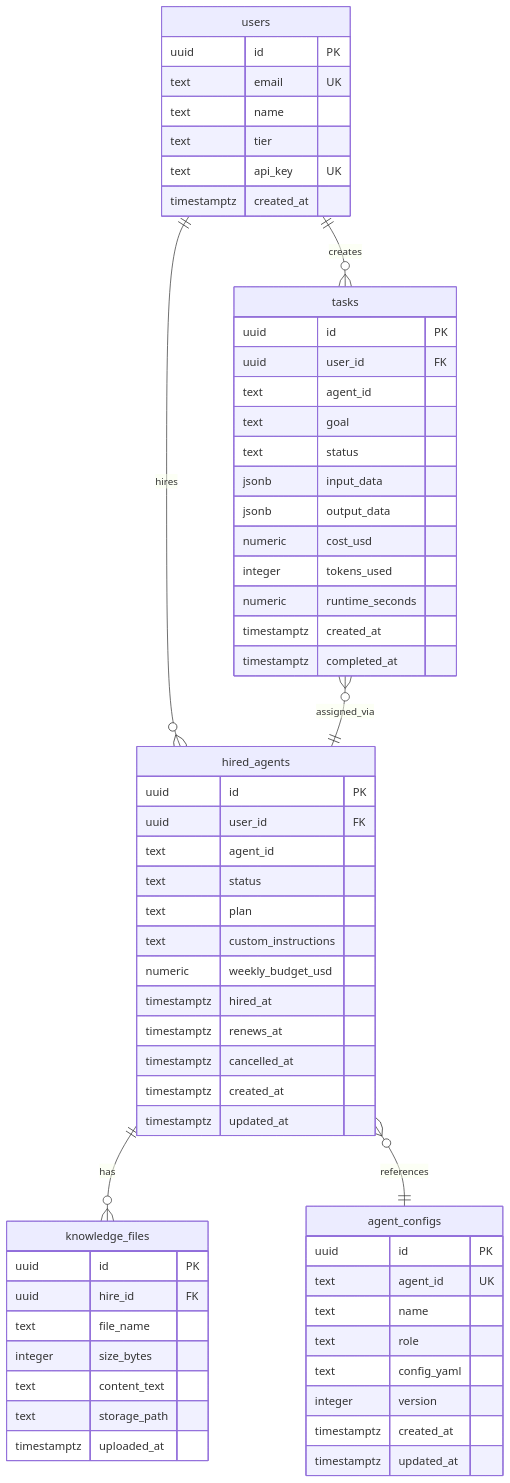
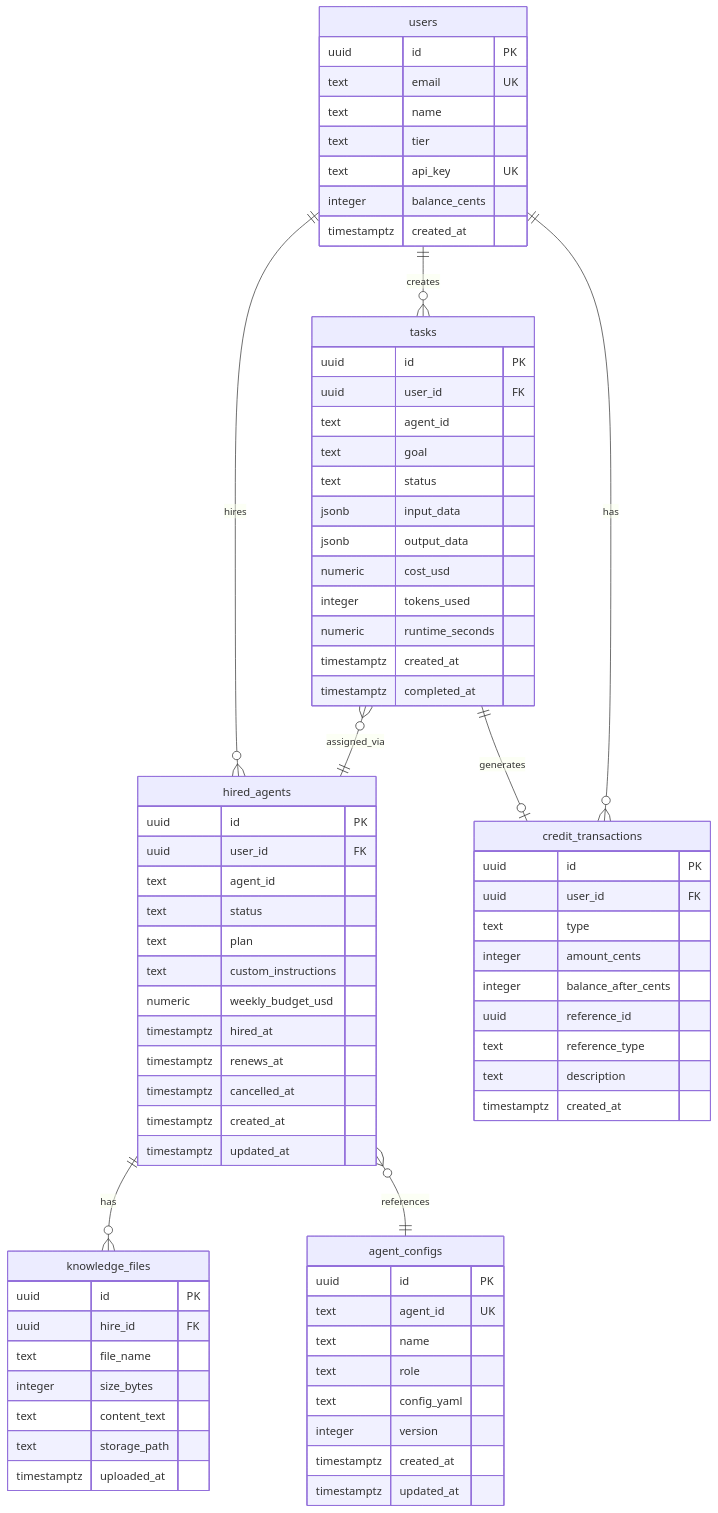
The diagram in docs/DB_DESIGN.md (phucsystem/agent-foundry), drawn with Mermaid before and after one commit. The commit also changed other lines of this file and 2 other files, not shown here.

First line of the commit message:
docs: replace subscription billing with credit-based tokenomics model

```diff
--- a/docs/DB_DESIGN.md
+++ b/docs/DB_DESIGN.md
@@ -15,12 +15,28 @@
     users ||--o{ tasks : creates
     tasks }o--|| hired_agents : assigned_via
 
+    users ||--o{ credit_transactions : has
+    tasks ||--o| credit_transactions : generates
+
     users {
         uuid id PK
         text email UK
         text name
         text tier
         text api_key UK
+        integer balance_cents
+        timestamptz created_at
+    }
+
+    credit_transactions {
+        uuid id PK
+        uuid user_id FK
+        text type
+        integer amount_cents
+        integer balance_after_cents
+        uuid reference_id
+        text reference_type
+        text description
         timestamptz created_at
     }
 
```
